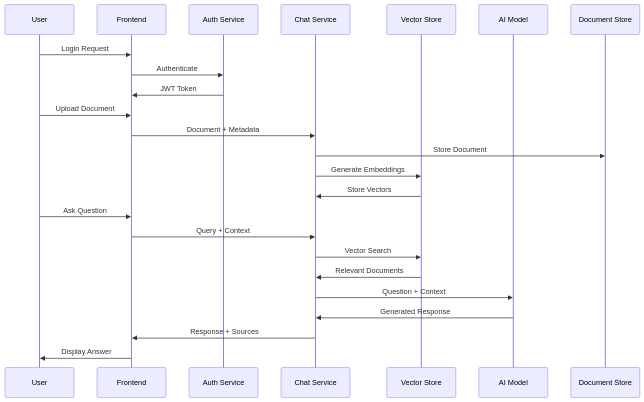
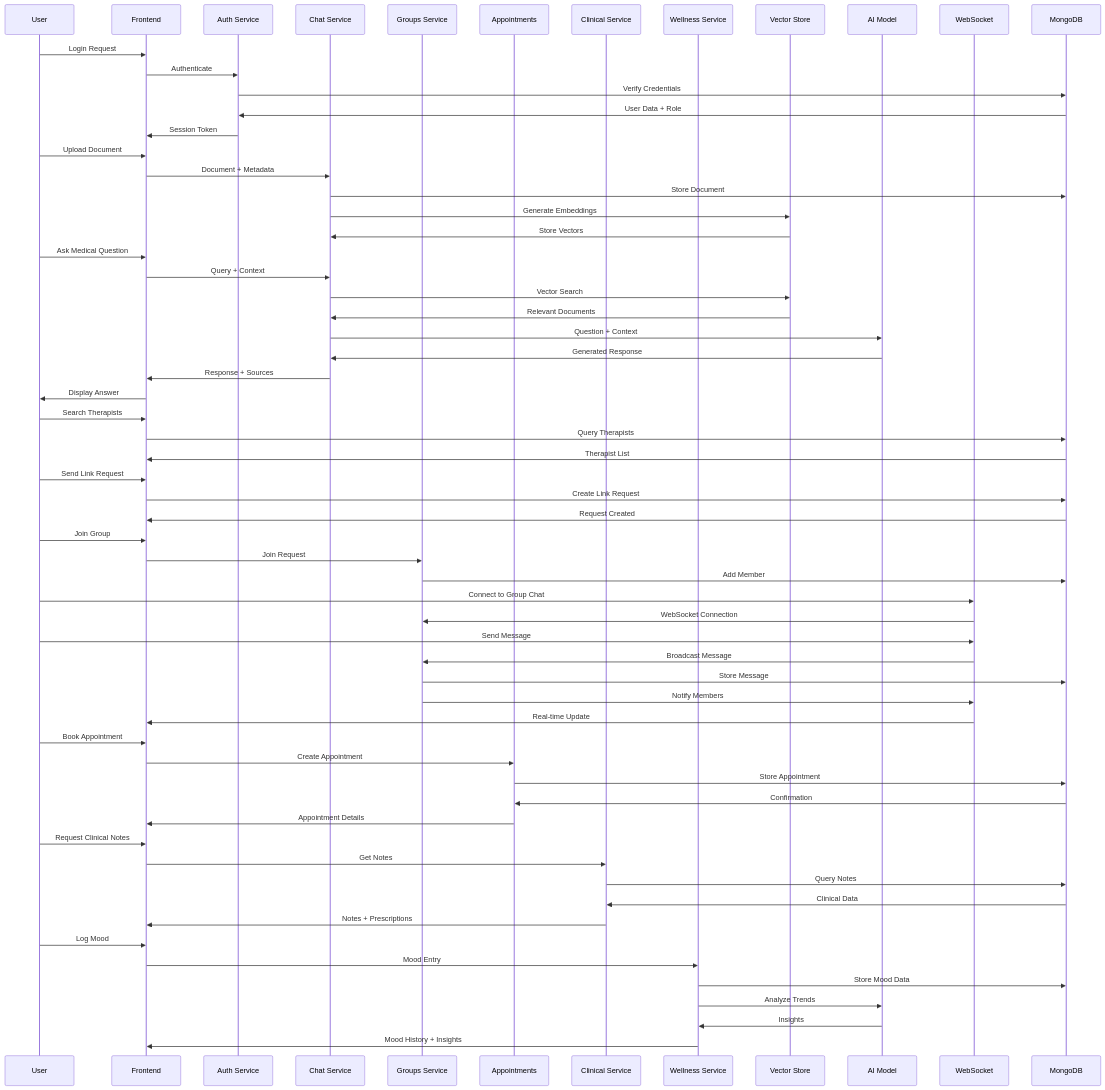
One commit to YogeshKumar-saini/medical-Chatbot-genAi-app changed the second of 9 diagrams in README.md. Above: the diagram before and after it, drawn with Mermaid. The commit also changed other lines of this file and 66 other files, not shown here.

Commit message:
feat: Implement organization admin pending patient management, refactor frontend API calls, and update demo screenshots.

````diff
--- a/README.md
+++ b/README.md
@@ -95,29 +299,80 @@
 ```mermaid
 sequenceDiagram
     participant U as User
     participant F as Frontend
     participant A as Auth Service
     participant C as Chat Service
+    participant G as Groups Service
+    participant AP as Appointments
+    participant CL as Clinical Service
+    participant W as Wellness Service
     participant V as Vector Store
     participant AI as AI Model
-    participant D as Document Store
+    participant WS as WebSocket
+    participant DB as MongoDB
     
+    %% Authentication Flow
     U->>F: Login Request
     F->>A: Authenticate
-    A->>F: JWT Token
+    A->>DB: Verify Credentials
+    DB->>A: User Data + Role
+    A->>F: Session Token
     
+    %% Document Upload & AI Chat Flow
     U->>F: Upload Document
     F->>C: Document + Metadata
-    C->>D: Store Document
+    C->>DB: Store Document
     C->>V: Generate Embeddings
     V->>C: Store Vectors
     
-    U->>F: Ask Question
+    U->>F: Ask Medical Question
     F->>C: Query + Context
     C->>V: Vector Search
     V->>C: Relevant Documents
     C->>AI: Question + Context
     AI->>C: Generated Response
     C->>F: Response + Sources
     F->>U: Display Answer
+    
+    %% Patient-Therapist Linking
+    U->>F: Search Therapists
+    F->>DB: Query Therapists
+    DB->>F: Therapist List
+    U->>F: Send Link Request
+    F->>DB: Create Link Request
+    DB->>F: Request Created
+    
+    %% Community Groups & Real-time Chat
+    U->>F: Join Group
+    F->>G: Join Request
+    G->>DB: Add Member
+    U->>WS: Connect to Group Chat
+    WS->>G: WebSocket Connection
+    U->>WS: Send Message
+    WS->>G: Broadcast Message
+    G->>DB: Store Message
+    G->>WS: Notify Members
+    WS->>F: Real-time Update
+    
+    %% Appointment Booking
+    U->>F: Book Appointment
+    F->>AP: Create Appointment
+    AP->>DB: Store Appointment
+    DB->>AP: Confirmation
+    AP->>F: Appointment Details
+    
+    %% Clinical Management
+    U->>F: Request Clinical Notes
+    F->>CL: Get Notes
+    CL->>DB: Query Notes
+    DB->>CL: Clinical Data
+    CL->>F: Notes + Prescriptions
+    
+    %% Wellness Tracking
+    U->>F: Log Mood
+    F->>W: Mood Entry
+    W->>DB: Store Mood Data
+    W->>AI: Analyze Trends
+    AI->>W: Insights
+    W->>F: Mood History + Insights
 ```
````
